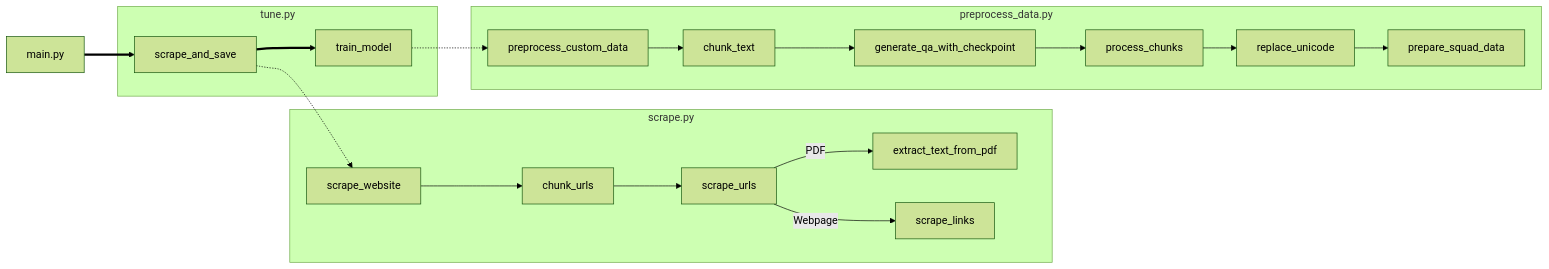
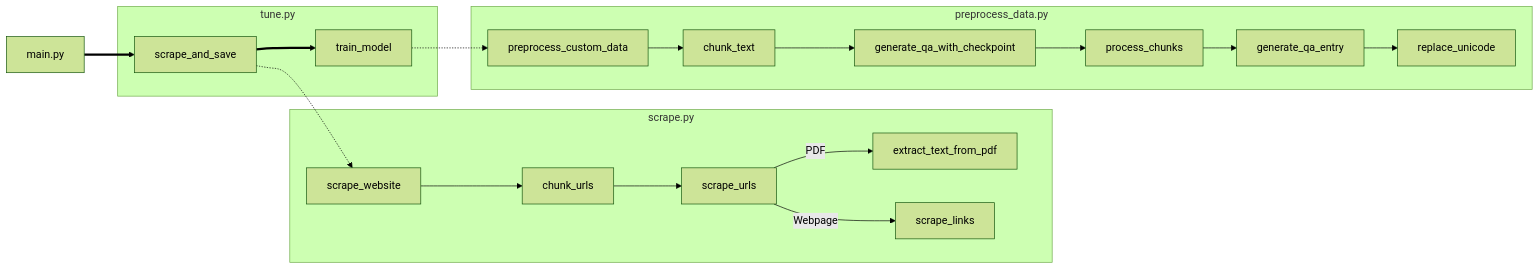
The diagram in README.md (ian-young/transformers), drawn with Mermaid (forest theme) before and after one commit.

Commit message:
Updated to reflect current state of functions and newly implemented changes

````diff
--- a/README.md
+++ b/README.md
@@ -9,34 +9,34 @@
 ```mermaid
     flowchart LR
     subgraph tune.py
         scrape_and_save
         train_model
     end
     subgraph scrape.py
         chunk_urls
         scrape_website
         scrape_urls
         extract_text_from_pdf
         scrape_links
     end
     subgraph preprocess_data.py
         generate_qa_with_checkpoint
         chunk_text
         preprocess_custom_data
         process_chunks
-        prepare_squad_data
         replace_unicode
+        generate_qa_entry
 
     end
 
     main.py ==> scrape_and_save ==> train_model
 
     scrape_and_save -.-> scrape_website
     scrape_website --> chunk_urls --> scrape_urls
     scrape_urls --PDF--> extract_text_from_pdf
     scrape_urls --Webpage--> scrape_links
 
     train_model -.-> preprocess_custom_data
 
-    preprocess_custom_data --> chunk_text --> generate_qa_with_checkpoint --> process_chunks --> replace_unicode --> prepare_squad_data
+    preprocess_custom_data --> chunk_text --> generate_qa_with_checkpoint --> process_chunks --> generate_qa_entry --> replace_unicode
 ```
````
